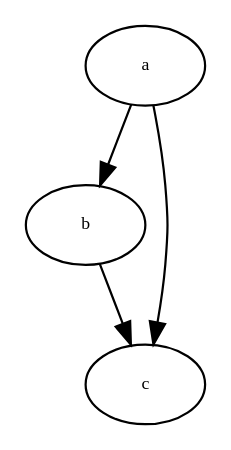
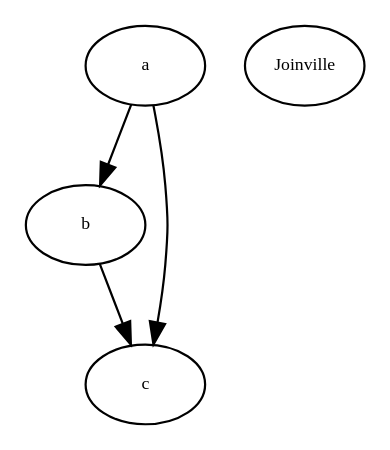
Before and after one commit to biancamouta/RouteApp-1: the diagram in public/graph2.dot, drawn with Graphviz. The commit also changed 10 other files, not shown here.

```diff
--- a/public/graph2.dot
+++ b/public/graph2.dot
@@ -1,28 +1,33 @@
 digraph RGL__DirectedAdjacencyGraph {
     a [
         fontsize = 8,
         label = a
     ]
 
     b [
         fontsize = 8,
         label = b
     ]
 
     c [
         fontsize = 8,
         label = c
     ]
 
+    Joinville [
+        fontsize = 8,
+        label = Joinville
+    ]
+
     a -> b [
         fontsize = 8
     ]
 
     a -> c [
         fontsize = 8
     ]
 
     b -> c [
         fontsize = 8
     ]
 }
```
